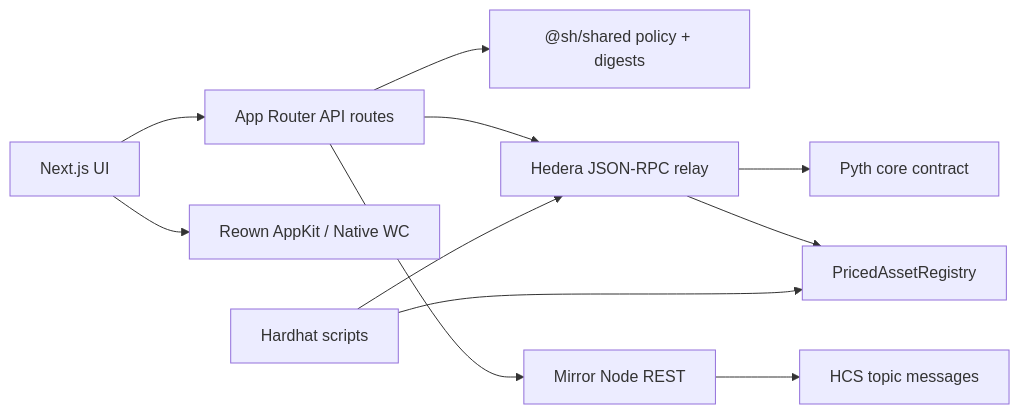
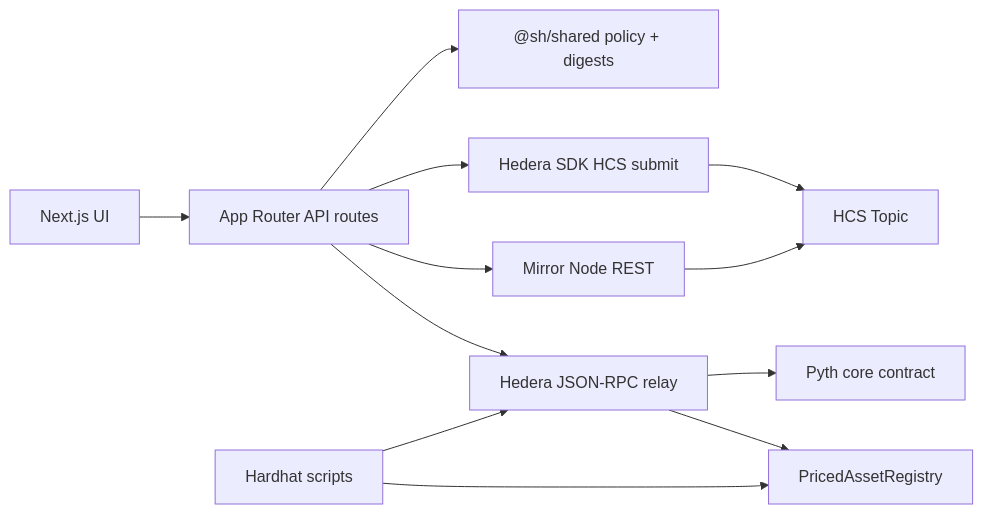
The diagram in README.md (chiragbadhe/hedera-template), drawn with Mermaid before and after one commit. The commit also changed other lines of this file and 7 other files, not shown here.

````diff
--- a/README.md
+++ b/README.md
@@ -55,13 +56,14 @@
 ```mermaid
 flowchart LR
   UI[Next.js UI] --> API[App Router API routes]
-  UI --> Wallets[Reown AppKit / Native WC]
   API --> Shared["@sh/shared policy + digests"]
+  API --> SDK[Hedera SDK HCS submit]
   API --> RPC[Hedera JSON-RPC relay]
   API --> Mirror[Mirror Node REST]
+  SDK --> HCS[HCS Topic]
   RPC --> Pyth[Pyth core contract]
   RPC --> Registry[PricedAssetRegistry]
-  Mirror --> HCS[HCS topic messages]
+  Mirror --> HCS
   Hardhat[Hardhat scripts] --> RPC
   Hardhat --> Registry
 ```
````
